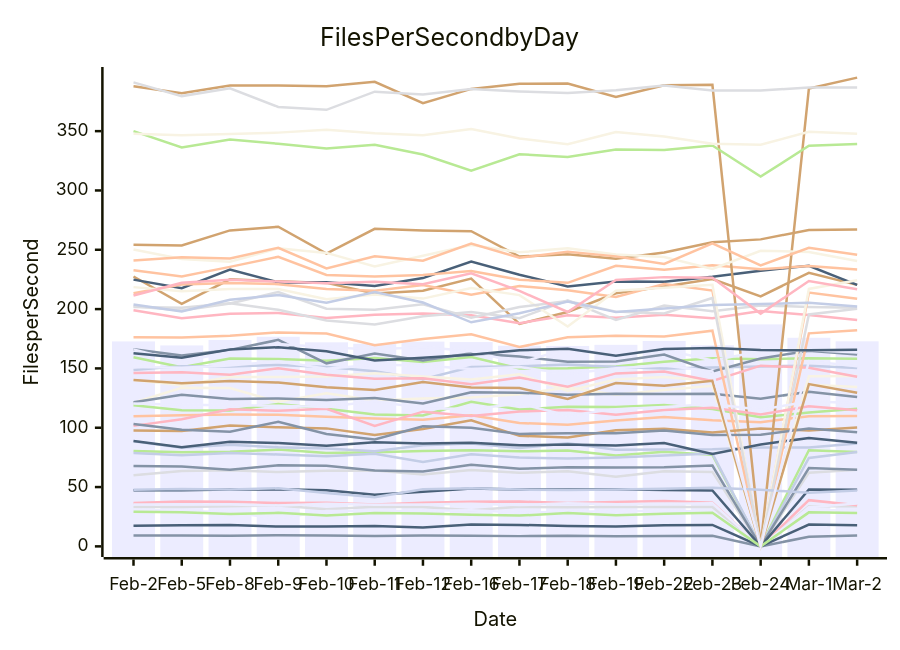
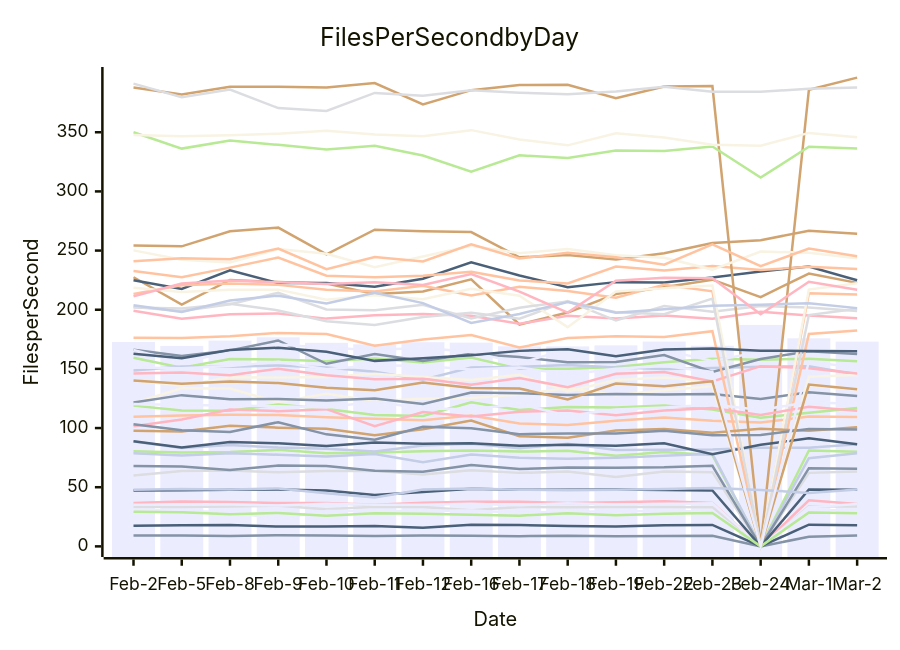
Before and after one commit to streetsidesoftware/cspell: the diagram in perf-report.md, drawn with Mermaid. The commit also changed other lines of this file and 1 other file, not shown here.

````diff
--- a/perf-report.md
+++ b/perf-report.md
@@ -10,57 +10,57 @@
 ```mermaid
 xychart-beta
     title Files Per Second by Day
     y-axis Files per Second
     x-axis Date [Feb-2, Feb-5, Feb-8, Feb-9, Feb-10, Feb-11, Feb-12, Feb-16, Feb-17, Feb-18, Feb-19, Feb-22, Feb-23, Feb-24, Mar-1, Mar-2]
-    bar [172.76, 169.39, 173.94, 176.68, 172.01, 170.80, 172.59, 172.20, 169.11, 168.97, 169.87, 173.10, 169.52, 187.14, 175.84, 172.84]
-    line [9.14, 9.10, 8.87, 9.39, 9.10, 8.79, 9.11, 8.93, 8.64, 9.05, 8.51, 8.78, 8.98, 0.00, 8.08, 9.27]
-    line [109.65, 110.63, 111.16, 110.94, 109.21, 107.83, 106.68, 110.60, 103.95, 102.58, 106.20, 108.99, 106.23, 104.62, 109.75, 109.79]
-    line [33.23, 33.25, 33.77, 34.38, 31.28, 33.43, 33.24, 30.53, 33.31, 33.04, 33.28, 33.21, 33.17, 0.00, 33.83, 33.80]
-    line [80.34, 79.32, 79.86, 81.63, 78.70, 79.41, 80.42, 80.99, 80.08, 80.78, 76.61, 79.69, 77.15, 0.00, 81.09, 79.56]
-    line [227.45, 204.37, 225.14, 223.42, 222.08, 213.20, 215.50, 225.73, 187.50, 197.59, 213.32, 219.03, 225.40, 210.70, 230.59, 220.42]
-    line [88.66, 83.22, 85.59, 83.52, 82.54, 80.25, 85.24, 86.74, 82.84, 86.83, 81.45, 81.71, 81.96, 83.41, 83.27, 86.76]
-    line [199.11, 192.32, 196.15, 196.80, 192.49, 195.28, 196.29, 194.83, 188.10, 194.84, 192.66, 195.15, 192.32, 198.30, 195.10, 190.89]
-    line [224.86, 217.64, 233.33, 222.49, 222.54, 219.50, 226.16, 240.10, 228.96, 219.08, 223.33, 223.11, 227.19, 232.41, 236.43, 220.35]
-    line [121.09, 133.64, 133.48, 121.84, 129.06, 122.93, 124.68, 125.50, 128.25, 133.90, 127.83, 131.88, 135.36, 0.00, 136.13, 134.33]
-    line [31.08, 29.80, 28.87, 23.26, 29.91, 29.82, 30.05, 30.35, 28.52, 29.28, 29.65, 29.97, 29.42, 0.00, 30.75, 30.34]
-    line [121.54, 127.82, 124.27, 124.62, 123.31, 125.03, 120.42, 129.98, 129.47, 127.87, 128.69, 128.42, 128.71, 124.50, 130.30, 125.89]
-    line [232.76, 227.56, 235.60, 244.14, 228.71, 227.46, 228.82, 232.02, 224.80, 222.16, 236.53, 233.14, 236.87, 233.63, 236.34, 233.40]
-    line [201.87, 201.12, 204.97, 199.43, 190.33, 187.01, 193.91, 197.53, 192.34, 207.35, 190.87, 203.05, 198.23, 203.08, 201.82, 201.10]
-    line [159.34, 150.93, 158.41, 157.97, 156.56, 158.71, 155.41, 159.62, 150.02, 150.05, 151.55, 155.58, 158.55, 157.69, 158.64, 158.07]
-    line [254.20, 253.57, 266.34, 269.39, 246.86, 267.66, 266.35, 265.66, 244.28, 246.16, 242.48, 247.66, 256.36, 258.77, 266.75, 267.04]
-    line [148.70, 151.93, 151.71, 152.93, 151.27, 147.55, 140.92, 151.13, 151.76, 153.31, 151.18, 149.85, 150.69, 151.72, 152.23, 150.43]
-    line [36.65, 37.87, 37.52, 36.62, 36.71, 35.21, 36.78, 37.62, 37.74, 36.57, 37.30, 38.24, 36.77, 0.00, 38.95, 34.71]
-    line [17.39, 17.79, 18.01, 16.74, 16.81, 17.17, 15.81, 18.35, 18.08, 17.18, 16.76, 17.88, 18.10, 0.00, 18.36, 17.86]
-    line [140.14, 135.87, 142.86, 142.75, 143.10, 145.82, 143.11, 140.65, 144.98, 130.98, 140.65, 142.78, 139.39, 0.00, 143.34, 143.60]
-    line [35.24, 35.24, 35.29, 34.51, 36.01, 35.10, 35.21, 35.98, 34.82, 36.43, 35.46, 35.84, 36.34, 0.00, 33.04, 36.07]
-    line [166.16, 160.94, 165.57, 174.04, 154.30, 162.65, 156.66, 162.87, 159.96, 155.64, 155.90, 161.77, 147.50, 158.41, 164.95, 161.73]
-    line [213.40, 220.70, 222.08, 221.01, 216.87, 215.38, 220.23, 212.12, 219.37, 215.84, 210.18, 221.20, 215.57, 0.00, 213.93, 208.81]
-    line [59.94, 63.60, 64.06, 62.64, 63.65, 63.88, 60.68, 64.42, 62.12, 63.28, 58.66, 63.36, 62.75, 0.00, 62.13, 64.50]
-    line [118.96, 114.84, 114.56, 119.99, 116.03, 111.12, 110.27, 121.81, 115.35, 117.70, 117.45, 119.10, 115.72, 108.80, 112.87, 115.97]
-    line [387.86, 381.95, 388.55, 388.50, 387.75, 391.57, 373.53, 385.59, 389.88, 390.09, 378.81, 388.65, 389.04, 0.00, 385.97, 395.11]
-    line [78.73, 76.88, 78.62, 77.47, 76.02, 78.07, 71.09, 77.64, 74.87, 74.07, 74.98, 76.63, 78.24, 0.00, 74.50, 79.55]
-    line [146.04, 146.87, 144.71, 150.09, 144.64, 141.32, 141.68, 136.63, 142.32, 134.55, 145.82, 147.42, 139.34, 152.31, 150.56, 142.97]
-    line [88.85, 83.51, 88.25, 87.06, 84.92, 87.81, 86.69, 87.24, 85.15, 85.90, 85.00, 87.17, 77.95, 85.83, 91.39, 87.41]
-    line [218.52, 215.06, 216.88, 216.99, 208.40, 212.31, 208.84, 217.81, 211.80, 185.28, 215.46, 218.06, 220.51, 0.00, 217.03, 224.38]
-    line [166.07, 155.61, 164.06, 170.66, 167.78, 165.93, 167.97, 164.38, 154.74, 166.79, 161.65, 166.00, 156.64, 164.50, 165.52, 163.33]
-    line [67.83, 67.42, 64.50, 68.29, 67.95, 63.94, 63.10, 68.79, 65.40, 66.62, 66.45, 66.78, 68.09, 0.00, 66.08, 64.54]
-    line [176.27, 176.08, 177.50, 180.37, 179.50, 169.53, 174.82, 178.71, 168.06, 176.19, 177.57, 176.95, 181.84, 0.00, 179.55, 182.20]
-    line [202.30, 198.84, 204.68, 214.35, 200.27, 199.54, 204.14, 192.69, 201.75, 206.87, 197.87, 196.25, 209.40, 0.00, 195.54, 200.28]
-    line [350.02, 336.18, 342.95, 339.36, 335.43, 338.51, 330.30, 316.59, 330.53, 328.24, 334.55, 334.07, 337.95, 311.68, 337.70, 339.13]
-    line [97.62, 97.16, 101.86, 100.35, 99.46, 93.91, 99.01, 106.34, 93.17, 91.86, 97.86, 99.22, 96.08, 99.35, 97.75, 100.22]
-    line [203.85, 198.04, 207.86, 211.91, 205.36, 214.41, 205.57, 188.86, 196.47, 206.41, 197.46, 200.43, 203.43, 204.23, 205.42, 202.10]
-    line [101.57, 107.21, 115.59, 114.29, 115.98, 101.55, 113.56, 109.85, 113.73, 114.86, 110.85, 114.90, 116.94, 111.12, 118.08, 114.76]
-    line [47.29, 47.35, 47.86, 48.05, 47.30, 43.46, 46.02, 48.76, 47.89, 47.85, 48.05, 47.61, 47.20, 0.00, 48.02, 47.76]
-    line [250.17, 242.23, 239.94, 251.24, 247.36, 235.88, 244.92, 253.98, 247.84, 251.30, 245.99, 243.93, 233.93, 249.19, 248.13, 240.58]
-    line [120.43, 119.43, 118.96, 118.43, 117.39, 122.51, 116.51, 115.88, 120.25, 110.42, 115.69, 117.45, 119.97, 115.23, 122.06, 120.84]
-    line [103.18, 98.24, 96.65, 104.96, 94.67, 90.15, 101.17, 99.92, 94.76, 95.38, 95.32, 97.68, 93.94, 94.07, 99.29, 96.12]
-    line [240.95, 243.60, 242.70, 251.69, 234.31, 244.51, 240.78, 255.22, 243.34, 248.23, 244.44, 238.03, 255.33, 236.79, 251.67, 245.86]
-    line [391.09, 379.53, 386.07, 370.43, 367.95, 383.26, 380.80, 385.48, 383.39, 382.12, 384.41, 388.46, 384.20, 384.25, 386.70, 386.85]
-    line [29.20, 28.78, 27.22, 28.25, 25.94, 28.04, 27.66, 26.73, 25.95, 28.09, 26.29, 27.51, 28.29, 0.00, 28.66, 28.16]
-    line [140.20, 137.55, 139.32, 138.06, 134.03, 131.86, 138.50, 133.91, 133.44, 124.24, 137.70, 135.31, 139.52, 0.00, 136.77, 129.41]
-    line [47.79, 48.42, 47.97, 48.95, 44.92, 41.33, 48.11, 48.93, 47.91, 47.47, 47.85, 48.58, 49.42, 47.74, 45.18, 47.01]
-    line [211.45, 222.13, 224.72, 223.26, 221.76, 223.13, 220.88, 230.21, 215.32, 197.56, 224.48, 226.95, 226.51, 196.21, 223.62, 216.70]
-    line [162.82, 158.93, 165.88, 167.89, 164.45, 156.78, 159.08, 161.56, 165.23, 166.55, 160.76, 166.40, 167.25, 165.44, 165.22, 165.66]
-    line [347.78, 346.57, 347.57, 348.75, 351.19, 348.15, 346.62, 351.78, 343.88, 338.94, 349.19, 345.47, 339.39, 338.55, 349.45, 347.73]
-    line [151.10, 150.58, 152.48, 156.02, 149.70, 153.17, 152.51, 149.58, 151.17, 145.28, 150.19, 152.37, 147.43, 0.00, 156.21, 151.86]
+    bar [172.76, 169.39, 173.94, 176.68, 172.01, 170.80, 172.59, 172.20, 169.11, 168.97, 169.87, 173.10, 169.52, 187.14, 175.84, 173.05]
+    line [9.14, 9.10, 8.87, 9.39, 9.10, 8.79, 9.11, 8.93, 8.64, 9.05, 8.51, 8.78, 8.98, 0.00, 8.08, 9.26]
+    line [109.65, 110.63, 111.16, 110.94, 109.21, 107.83, 106.68, 110.60, 103.95, 102.58, 106.20, 108.99, 106.23, 104.62, 109.75, 109.29]
+    line [33.23, 33.25, 33.77, 34.38, 31.28, 33.43, 33.24, 30.53, 33.31, 33.04, 33.28, 33.21, 33.17, 0.00, 33.83, 33.68]
+    line [80.34, 79.32, 79.86, 81.63, 78.70, 79.41, 80.42, 80.99, 80.08, 80.78, 76.61, 79.69, 77.15, 0.00, 81.09, 79.97]
+    line [227.45, 204.37, 225.14, 223.42, 222.08, 213.20, 215.50, 225.73, 187.50, 197.59, 213.32, 219.03, 225.40, 210.70, 230.59, 222.69]
+    line [88.66, 83.22, 85.59, 83.52, 82.54, 80.25, 85.24, 86.74, 82.84, 86.83, 81.45, 81.71, 81.96, 83.41, 83.27, 86.40]
+    line [199.11, 192.32, 196.15, 196.80, 192.49, 195.28, 196.29, 194.83, 188.10, 194.84, 192.66, 195.15, 192.32, 198.30, 195.10, 192.78]
+    line [224.86, 217.64, 233.33, 222.49, 222.54, 219.50, 226.16, 240.10, 228.96, 219.08, 223.33, 223.11, 227.19, 232.41, 236.43, 224.92]
+    line [121.09, 133.64, 133.48, 121.84, 129.06, 122.93, 124.68, 125.50, 128.25, 133.90, 127.83, 131.88, 135.36, 0.00, 136.13, 132.52]
+    line [31.08, 29.80, 28.87, 23.26, 29.91, 29.82, 30.05, 30.35, 28.52, 29.28, 29.65, 29.97, 29.42, 0.00, 30.75, 30.28]
+    line [121.54, 127.82, 124.27, 124.62, 123.31, 125.03, 120.42, 129.98, 129.47, 127.87, 128.69, 128.42, 128.71, 124.50, 130.30, 127.04]
+    line [232.76, 227.56, 235.60, 244.14, 228.71, 227.46, 228.82, 232.02, 224.80, 222.16, 236.53, 233.14, 236.87, 233.63, 236.34, 234.51]
+    line [201.87, 201.12, 204.97, 199.43, 190.33, 187.01, 193.91, 197.53, 192.34, 207.35, 190.87, 203.05, 198.23, 203.08, 201.82, 198.98]
+    line [159.34, 150.93, 158.41, 157.97, 156.56, 158.71, 155.41, 159.62, 150.02, 150.05, 151.55, 155.58, 158.55, 157.69, 158.64, 156.54]
+    line [254.20, 253.57, 266.34, 269.39, 246.86, 267.66, 266.35, 265.66, 244.28, 246.16, 242.48, 247.66, 256.36, 258.77, 266.75, 264.26]
+    line [148.70, 151.93, 151.71, 152.93, 151.27, 147.55, 140.92, 151.13, 151.76, 153.31, 151.18, 149.85, 150.69, 151.72, 152.23, 145.27]
+    line [36.65, 37.87, 37.52, 36.62, 36.71, 35.21, 36.78, 37.62, 37.74, 36.57, 37.30, 38.24, 36.77, 0.00, 38.95, 35.76]
+    line [17.39, 17.79, 18.01, 16.74, 16.81, 17.17, 15.81, 18.35, 18.08, 17.18, 16.76, 17.88, 18.10, 0.00, 18.36, 17.82]
+    line [140.14, 135.87, 142.86, 142.75, 143.10, 145.82, 143.11, 140.65, 144.98, 130.98, 140.65, 142.78, 139.39, 0.00, 143.34, 144.82]
+    line [35.24, 35.24, 35.29, 34.51, 36.01, 35.10, 35.21, 35.98, 34.82, 36.43, 35.46, 35.84, 36.34, 0.00, 33.04, 35.84]
+    line [166.16, 160.94, 165.57, 174.04, 154.30, 162.65, 156.66, 162.87, 159.96, 155.64, 155.90, 161.77, 147.50, 158.41, 164.95, 162.63]
+    line [213.40, 220.70, 222.08, 221.01, 216.87, 215.38, 220.23, 212.12, 219.37, 215.84, 210.18, 221.20, 215.57, 0.00, 213.93, 212.83]
+    line [59.94, 63.60, 64.06, 62.64, 63.65, 63.88, 60.68, 64.42, 62.12, 63.28, 58.66, 63.36, 62.75, 0.00, 62.13, 63.22]
+    line [118.96, 114.84, 114.56, 119.99, 116.03, 111.12, 110.27, 121.81, 115.35, 117.70, 117.45, 119.10, 115.72, 108.80, 112.87, 117.03]
+    line [387.86, 381.95, 388.55, 388.50, 387.75, 391.57, 373.53, 385.59, 389.88, 390.09, 378.81, 388.65, 389.04, 0.00, 385.97, 396.17]
+    line [78.73, 76.88, 78.62, 77.47, 76.02, 78.07, 71.09, 77.64, 74.87, 74.07, 74.98, 76.63, 78.24, 0.00, 74.50, 78.69]
+    line [146.04, 146.87, 144.71, 150.09, 144.64, 141.32, 141.68, 136.63, 142.32, 134.55, 145.82, 147.42, 139.34, 152.31, 150.56, 146.19]
+    line [88.85, 83.51, 88.25, 87.06, 84.92, 87.81, 86.69, 87.24, 85.15, 85.90, 85.00, 87.17, 77.95, 85.83, 91.39, 86.36]
+    line [218.52, 215.06, 216.88, 216.99, 208.40, 212.31, 208.84, 217.81, 211.80, 185.28, 215.46, 218.06, 220.51, 0.00, 217.03, 222.29]
+    line [166.07, 155.61, 164.06, 170.66, 167.78, 165.93, 167.97, 164.38, 154.74, 166.79, 161.65, 166.00, 156.64, 164.50, 165.52, 164.82]
+    line [67.83, 67.42, 64.50, 68.29, 67.95, 63.94, 63.10, 68.79, 65.40, 66.62, 66.45, 66.78, 68.09, 0.00, 66.08, 65.59]
+    line [176.27, 176.08, 177.50, 180.37, 179.50, 169.53, 174.82, 178.71, 168.06, 176.19, 177.57, 176.95, 181.84, 0.00, 179.55, 182.48]
+    line [202.30, 198.84, 204.68, 214.35, 200.27, 199.54, 204.14, 192.69, 201.75, 206.87, 197.87, 196.25, 209.40, 0.00, 195.54, 200.79]
+    line [350.02, 336.18, 342.95, 339.36, 335.43, 338.51, 330.30, 316.59, 330.53, 328.24, 334.55, 334.07, 337.95, 311.68, 337.70, 336.19]
+    line [97.62, 97.16, 101.86, 100.35, 99.46, 93.91, 99.01, 106.34, 93.17, 91.86, 97.86, 99.22, 96.08, 99.35, 97.75, 100.65]
+    line [203.85, 198.04, 207.86, 211.91, 205.36, 214.41, 205.57, 188.86, 196.47, 206.41, 197.46, 200.43, 203.43, 204.23, 205.42, 201.36]
+    line [101.57, 107.21, 115.59, 114.29, 115.98, 101.55, 113.56, 109.85, 113.73, 114.86, 110.85, 114.90, 116.94, 111.12, 118.08, 114.70]
+    line [47.29, 47.35, 47.86, 48.05, 47.30, 43.46, 46.02, 48.76, 47.89, 47.85, 48.05, 47.61, 47.20, 0.00, 48.02, 47.91]
+    line [250.17, 242.23, 239.94, 251.24, 247.36, 235.88, 244.92, 253.98, 247.84, 251.30, 245.99, 243.93, 233.93, 249.19, 248.13, 243.43]
+    line [120.43, 119.43, 118.96, 118.43, 117.39, 122.51, 116.51, 115.88, 120.25, 110.42, 115.69, 117.45, 119.97, 115.23, 122.06, 120.20]
+    line [103.18, 98.24, 96.65, 104.96, 94.67, 90.15, 101.17, 99.92, 94.76, 95.38, 95.32, 97.68, 93.94, 94.07, 99.29, 98.68]
+    line [240.95, 243.60, 242.70, 251.69, 234.31, 244.51, 240.78, 255.22, 243.34, 248.23, 244.44, 238.03, 255.33, 236.79, 251.67, 245.27]
+    line [391.09, 379.53, 386.07, 370.43, 367.95, 383.26, 380.80, 385.48, 383.39, 382.12, 384.41, 388.46, 384.20, 384.25, 386.70, 387.82]
+    line [29.20, 28.78, 27.22, 28.25, 25.94, 28.04, 27.66, 26.73, 25.95, 28.09, 26.29, 27.51, 28.29, 0.00, 28.66, 28.05]
+    line [140.20, 137.55, 139.32, 138.06, 134.03, 131.86, 138.50, 133.91, 133.44, 124.24, 137.70, 135.31, 139.52, 0.00, 136.77, 132.85]
+    line [47.79, 48.42, 47.97, 48.95, 44.92, 41.33, 48.11, 48.93, 47.91, 47.47, 47.85, 48.58, 49.42, 47.74, 45.18, 48.04]
+    line [211.45, 222.13, 224.72, 223.26, 221.76, 223.13, 220.88, 230.21, 215.32, 197.56, 224.48, 226.95, 226.51, 196.21, 223.62, 216.82]
+    line [162.82, 158.93, 165.88, 167.89, 164.45, 156.78, 159.08, 161.56, 165.23, 166.55, 160.76, 166.40, 167.25, 165.44, 165.22, 164.81]
+    line [347.78, 346.57, 347.57, 348.75, 351.19, 348.15, 346.62, 351.78, 343.88, 338.94, 349.19, 345.47, 339.39, 338.55, 349.45, 345.71]
+    line [151.10, 150.58, 152.48, 156.02, 149.70, 153.17, 152.51, 149.58, 151.17, 145.28, 150.19, 152.37, 147.43, 0.00, 156.21, 151.00]
 ```
````
